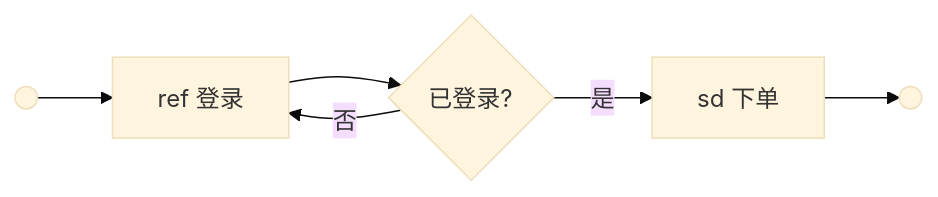
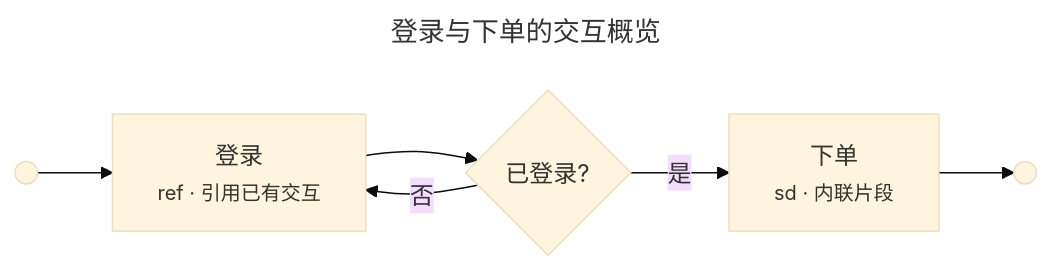
Before and after one commit to huang-hee/diagram-kit: the seventh of 8 diagrams in references/types-flow.md, drawn with Mermaid (base theme). The commit also changed other lines of this file and 248 other files, not shown here.

First line of the commit message:
feat: 示例按统一风格重做，补齐 42 张 drawio 整图示例，默认工具改为 drawio

````diff
--- a/references/types-flow.md
+++ b/references/types-flow.md
@@ -269,8 +287,11 @@
 ```mermaid
+---
+title: 登录与下单的交互概览
+---
 flowchart LR
-  S(( )):::bar --> R1[ref 登录]:::occurrence
+  S(( )):::bar --> R1["登录<br><small>ref · 引用已有交互</small>"]:::occurrence
   R1 --> D{已登录?}:::decision
-  D -- 是 --> R2[sd 下单]:::frame
+  D -- 是 --> R2["下单<br><small>sd · 内联片段</small>"]:::frame
   D -- 否 --> R1
   R2 --> E(( )):::bar
 ```
````
